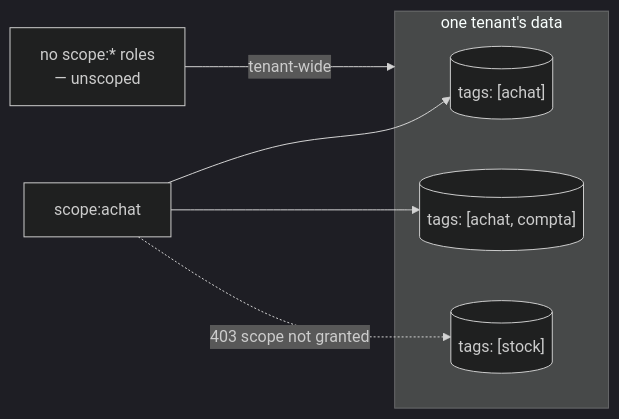
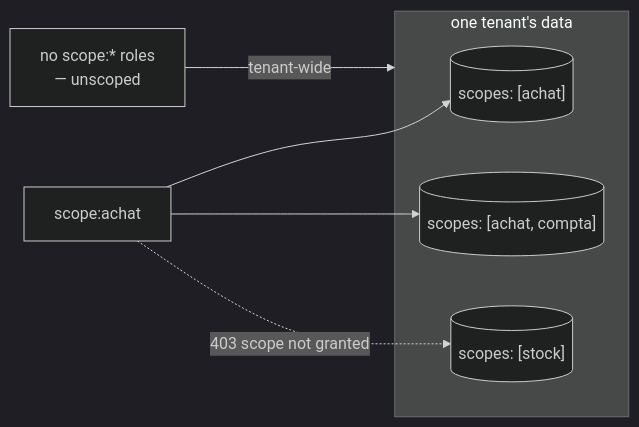
Before and after one commit to icreated/lumnik-open: the diagram in docs/rag/scopes.md, drawn with Mermaid (dark theme). The commit also changed other lines of this file and 433 other files, not shown here.

````diff
--- a/docs/rag/scopes.md
+++ b/docs/rag/scopes.md
@@ -80,12 +118,12 @@
 ```mermaid
 flowchart LR
   u0["no scope:* roles<br/>— unscoped"] -->|"tenant-wide"| all
   ua["scope:achat"] --> A
   ua --> AB
   ua -.->|"403 scope not granted"| S
   subgraph all["one tenant's data"]
-    A[("tags: [achat]")]
-    AB[("tags: [achat, compta]")]
-    S[("tags: [stock]")]
+    A[("scopes: [achat]")]
+    AB[("scopes: [achat, compta]")]
+    S[("scopes: [stock]")]
   end
 ```
````
